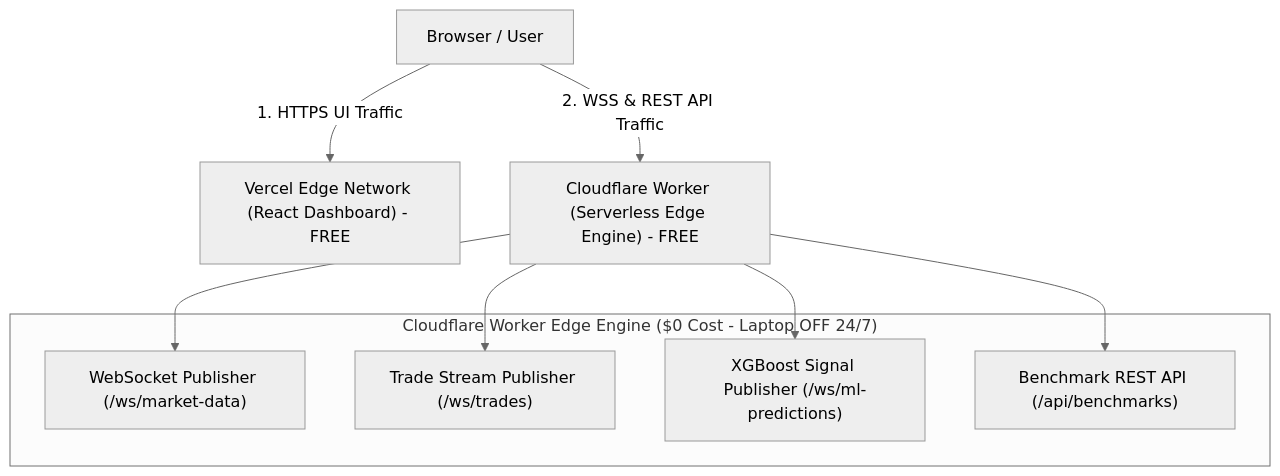
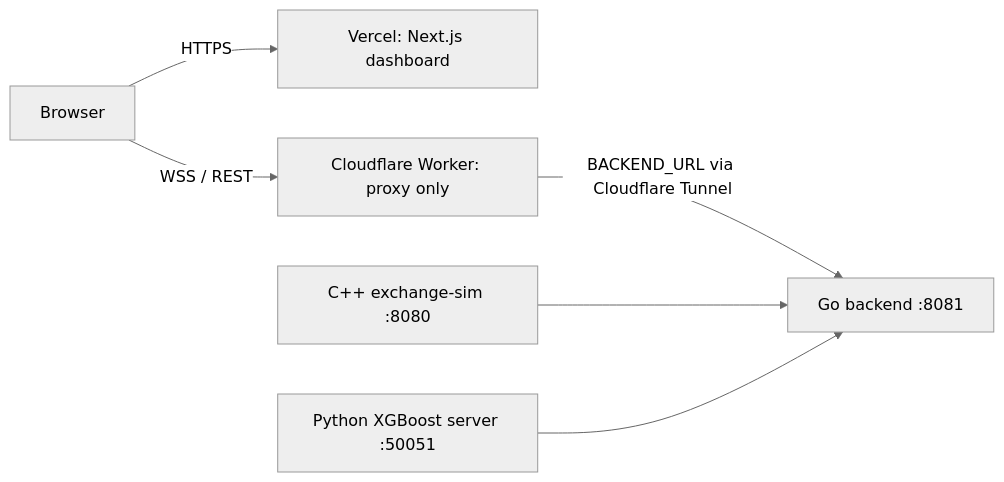
One commit to ansh0014/Quant_Trade changed the diagram in Quant_Trade/deployment/cloud_deployment.md. Above: the diagram before and after it, drawn with Mermaid (neutral theme). The commit also changed other lines of this file, not shown here.

Commit message:
docs: rewrite deployment doc to match real architecture

````diff
--- a/Quant_Trade/deployment/cloud_deployment.md
+++ b/Quant_Trade/deployment/cloud_deployment.md
@@ -9,17 +5,8 @@
 ```mermaid
-flowchart TD
-    Client["Browser / User"] -->|1. HTTPS UI Traffic| Vercel["Vercel Edge Network (React Dashboard) - FREE"]
-    Client -->|2. WSS & REST API Traffic| CFWorker["Cloudflare Worker (Serverless Edge Engine) - FREE"]
-    
-    subgraph EdgeEngine["Cloudflare Worker Edge Engine ($0 Cost - Laptop OFF 24/7)"]
-        MarketWS["WebSocket Publisher (/ws/market-data)"]
-        TradesWS["Trade Stream Publisher (/ws/trades)"]
-        MlWS["XGBoost Signal Publisher (/ws/ml-predictions)"]
-        BenchAPI["Benchmark REST API (/api/benchmarks)"]
-    end
-    
-    CFWorker --> MarketWS
-    CFWorker --> TradesWS
-    CFWorker --> MlWS
-    CFWorker --> BenchAPI
+flowchart LR
+    Browser["Browser"] -->|HTTPS| Vercel["Vercel: Next.js dashboard"]
+    Browser -->|WSS / REST| Worker["Cloudflare Worker: proxy only"]
+    Worker -->|BACKEND_URL via Cloudflare Tunnel| Go["Go backend :8081"]
+    Sim["C++ exchange-sim :8080"] --> Go
+    ML["Python XGBoost server :50051"] --> Go
 ```
````
